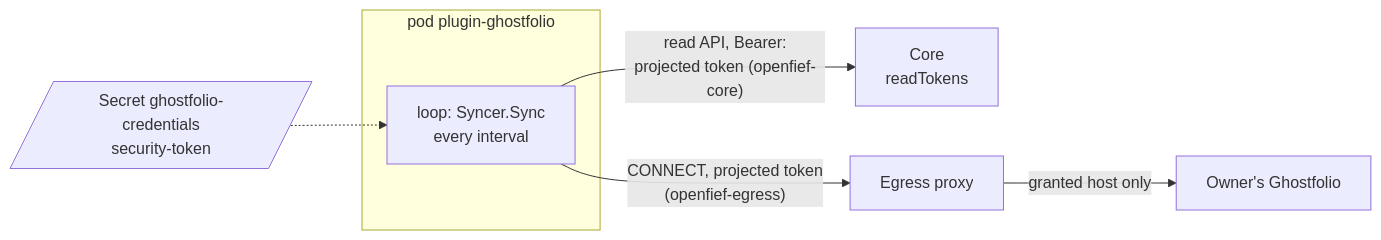
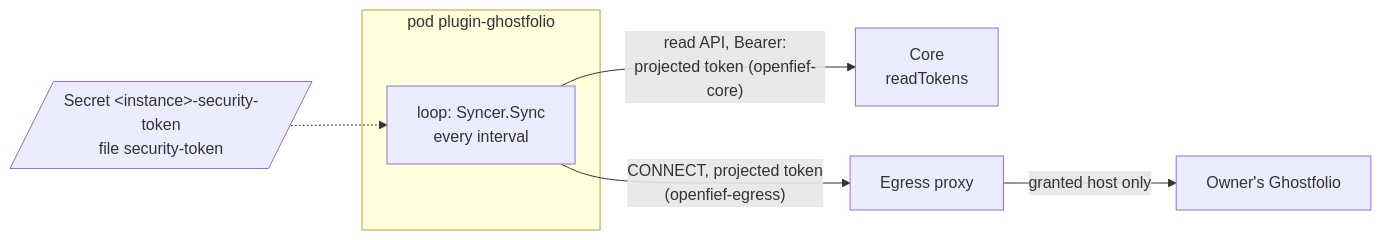
The second of 2 diagrams in docs/concepts/ghostfolio.md (arkadiuss/openfief), drawn with Mermaid before and after one commit. The commit also changed other lines of this file and 189 other files, not shown here.

````diff
--- a/docs/concepts/ghostfolio.md
+++ b/docs/concepts/ghostfolio.md
@@ -75,10 +75,10 @@
 ```mermaid
 flowchart LR
   subgraph pod["pod plugin-ghostfolio"]
     loop["loop: Syncer.Sync<br/>every interval"]
   end
   loop -- "read API, Bearer:<br/>projected token (openfief-core)" --> core["Core<br/>readTokens"]
   loop -- "CONNECT, projected token<br/>(openfief-egress)" --> proxy["Egress proxy"]
   proxy -- "granted host only" --> gf["Owner's Ghostfolio"]
-  secret[/"Secret ghostfolio-credentials<br/>security-token"/] -.-> loop
+  secret[/"Secret &lt;instance&gt;-security-token<br/>file security-token"/] -.-> loop
 ```
````
